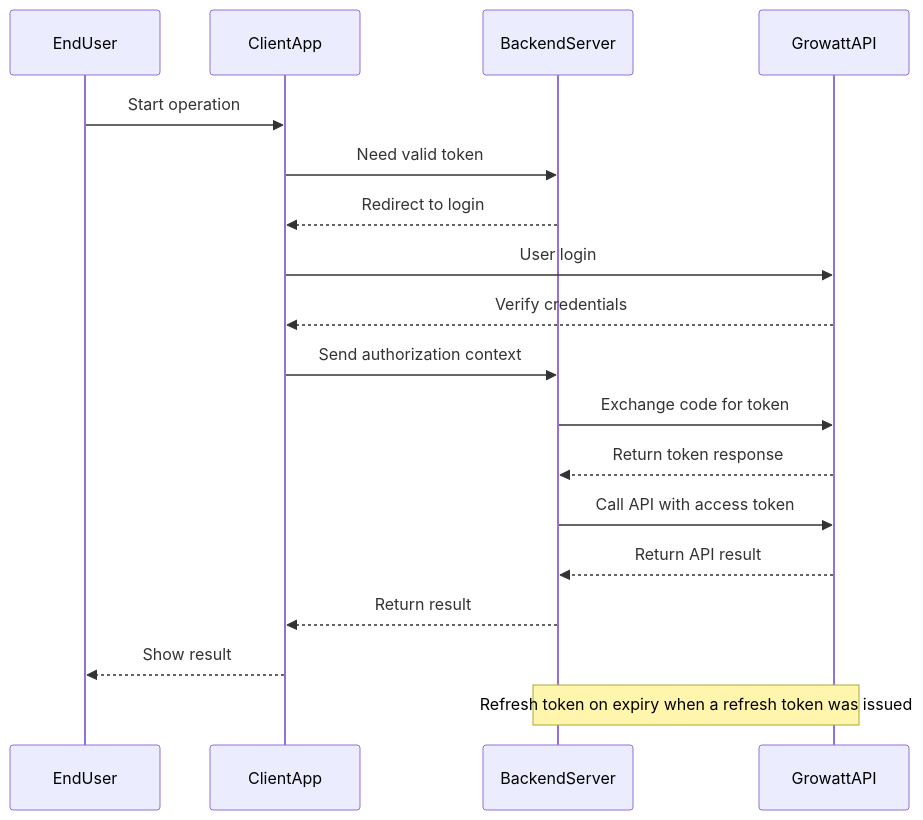
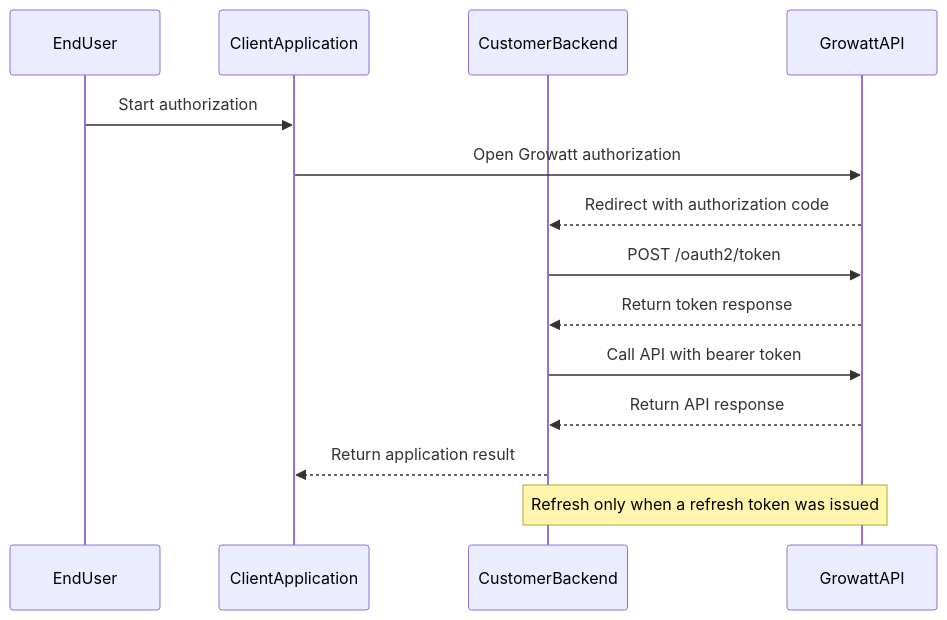
One commit to EugeneJian/growatt-unified-api changed the second of 2 diagrams in Growatt API/OPENAPI/01_authentication.md. Above: the diagram before and after it, drawn with Mermaid. The commit also changed other lines of this file and 46 other files, not shown here.

````diff
--- a/Growatt API/OPENAPI/01_authentication.md
+++ b/Growatt API/OPENAPI/01_authentication.md
@@ -51,23 +52,18 @@
 ```mermaid
-%% 本代码严格遵循AI生成Mermaid代码的终极准则v4.1（Mermaid终极大师）
 sequenceDiagram
     participant User as EndUser
-    participant App as ClientApp
-    participant Server as BackendServer
+    participant App as ClientApplication
+    participant Backend as CustomerBackend
     participant Growatt as GrowattAPI
 
-    User->>App: Start operation
-    App->>Server: Need valid token
-    Server-->>App: Redirect to login
-    App->>Growatt: User login
-    Growatt-->>App: Verify credentials
-    App->>Server: Send authorization context
-    Server->>Growatt: Exchange code for token
-    Growatt-->>Server: Return token response
-    Server->>Growatt: Call API with access token
-    Growatt-->>Server: Return API result
-    Server-->>App: Return result
-    App-->>User: Show result
+    User->>App: Start authorization
+    App->>Growatt: Open Growatt authorization
+    Growatt-->>Backend: Redirect with authorization code
+    Backend->>Growatt: POST /oauth2/token
+    Growatt-->>Backend: Return token response
+    Backend->>Growatt: Call API with bearer token
+    Growatt-->>Backend: Return API response
+    Backend-->>App: Return application result
 
-    Note over Server,Growatt: Refresh token on expiry when a refresh token was issued
+    Note over Backend,Growatt: Refresh only when a refresh token was issued
 ```
````
